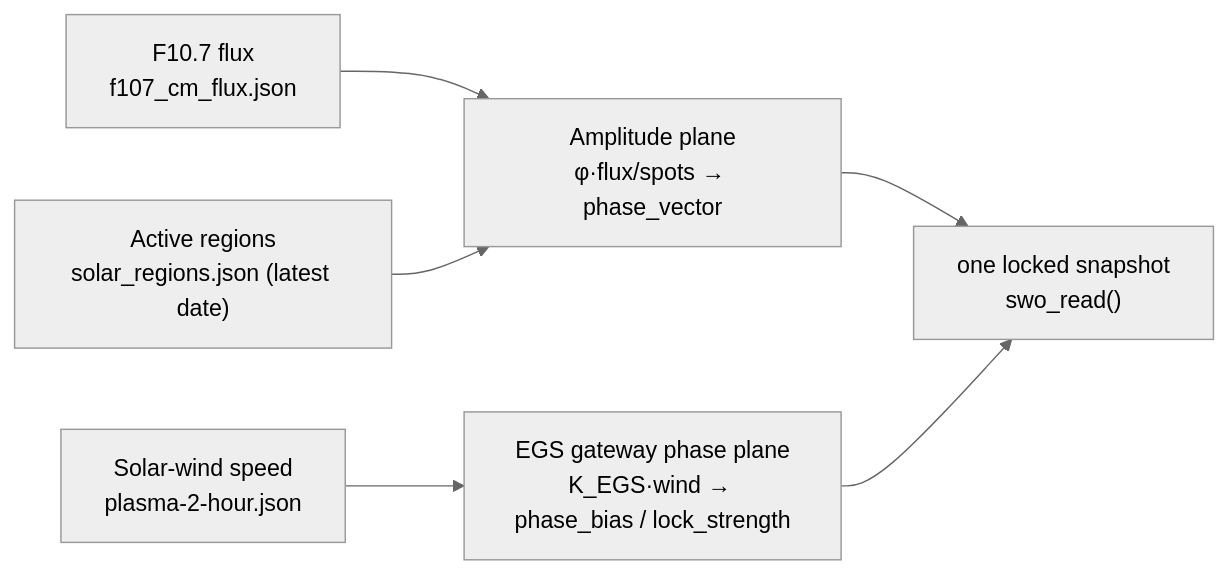
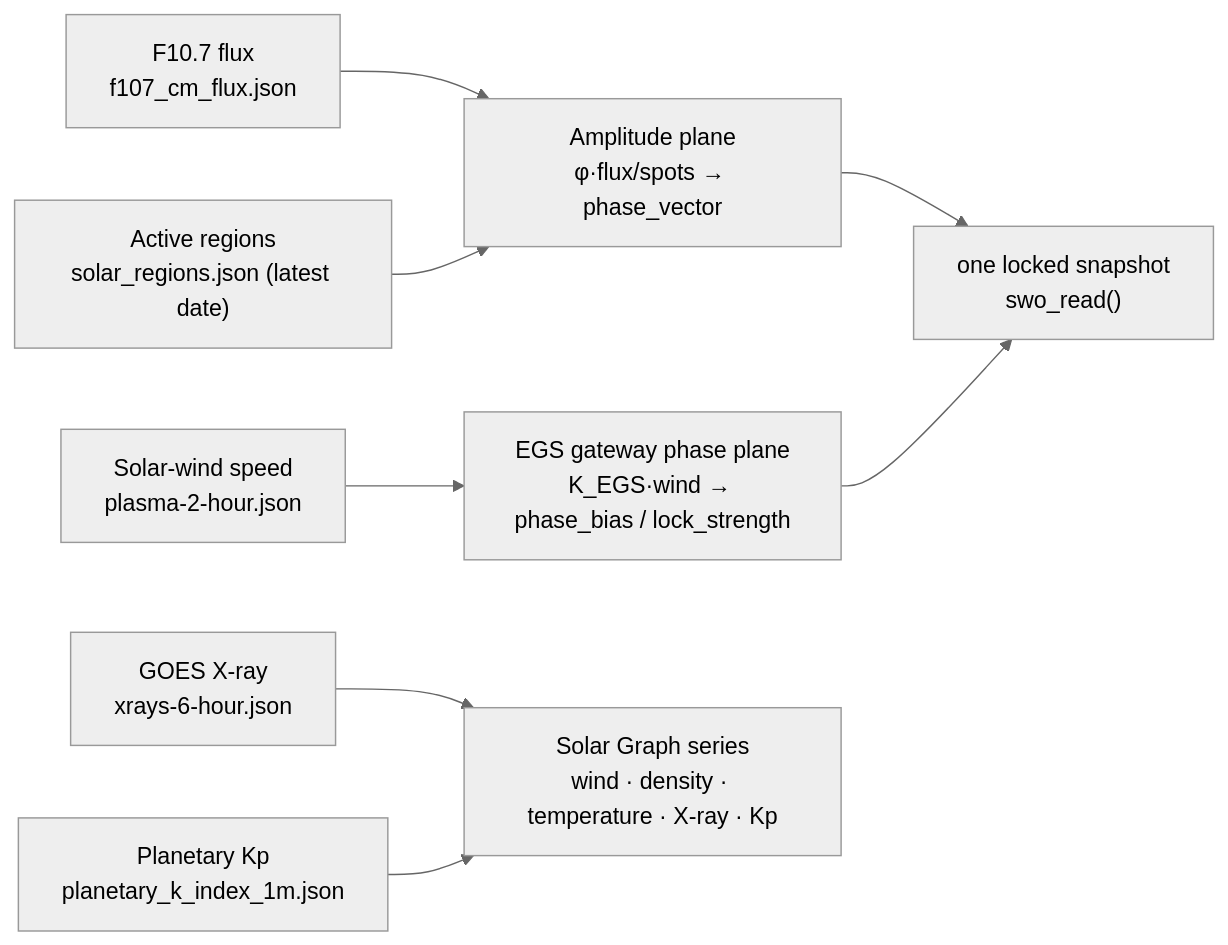
Before and after one commit to docxology/SynthOBS: the first of 2 diagrams in docs/telemetry.md, drawn with Mermaid (neutral theme). The commit also changed other lines of this file and 32 other files, not shown here.

Commit message:
Complete SynthOBS roadmap surfaces

````diff
--- a/docs/telemetry.md
+++ b/docs/telemetry.md
@@ -9,10 +9,13 @@
 ```mermaid
 flowchart LR
     F107["F10.7 flux<br/>f107_cm_flux.json"] --> AMP
     SPOT["Active regions<br/>solar_regions.json (latest date)"] --> AMP
     WIND["Solar-wind speed<br/>plasma-2-hour.json"] --> PHASE
+    XRAY["GOES X-ray<br/>xrays-6-hour.json"] --> GRAPH
+    KP["Planetary Kp<br/>planetary_k_index_1m.json"] --> GRAPH
     AMP["Amplitude plane<br/>φ·flux/spots → phase_vector"]
     PHASE["EGS gateway phase plane<br/>K_EGS·wind → phase_bias / lock_strength"]
+    GRAPH["Solar Graph series<br/>wind · density · temperature · X-ray · Kp"]
     AMP --> OUT["one locked snapshot<br/>swo_read()"]
     PHASE --> OUT
 ```
````
